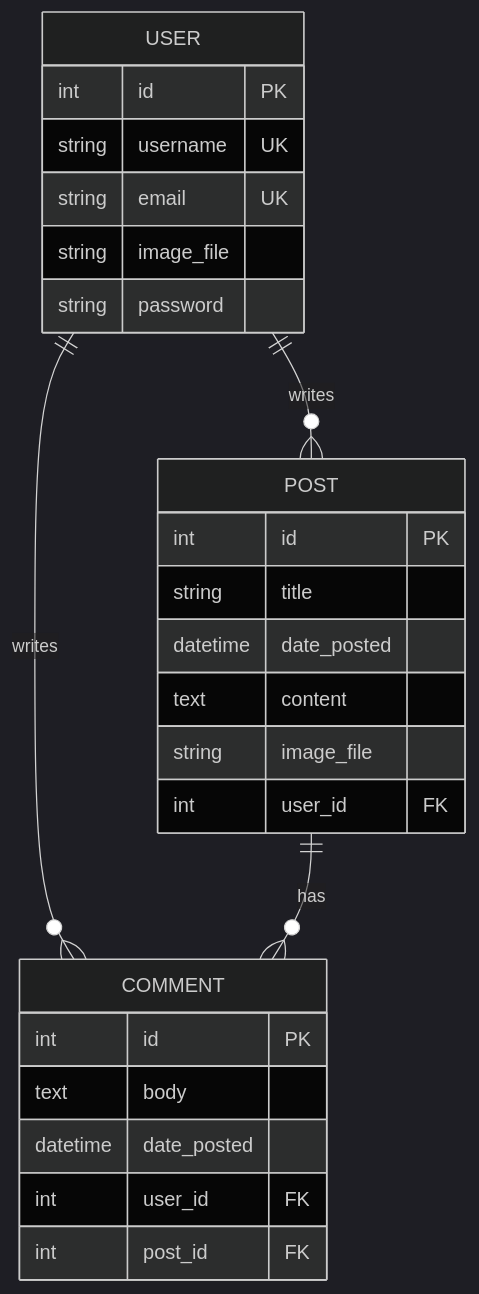
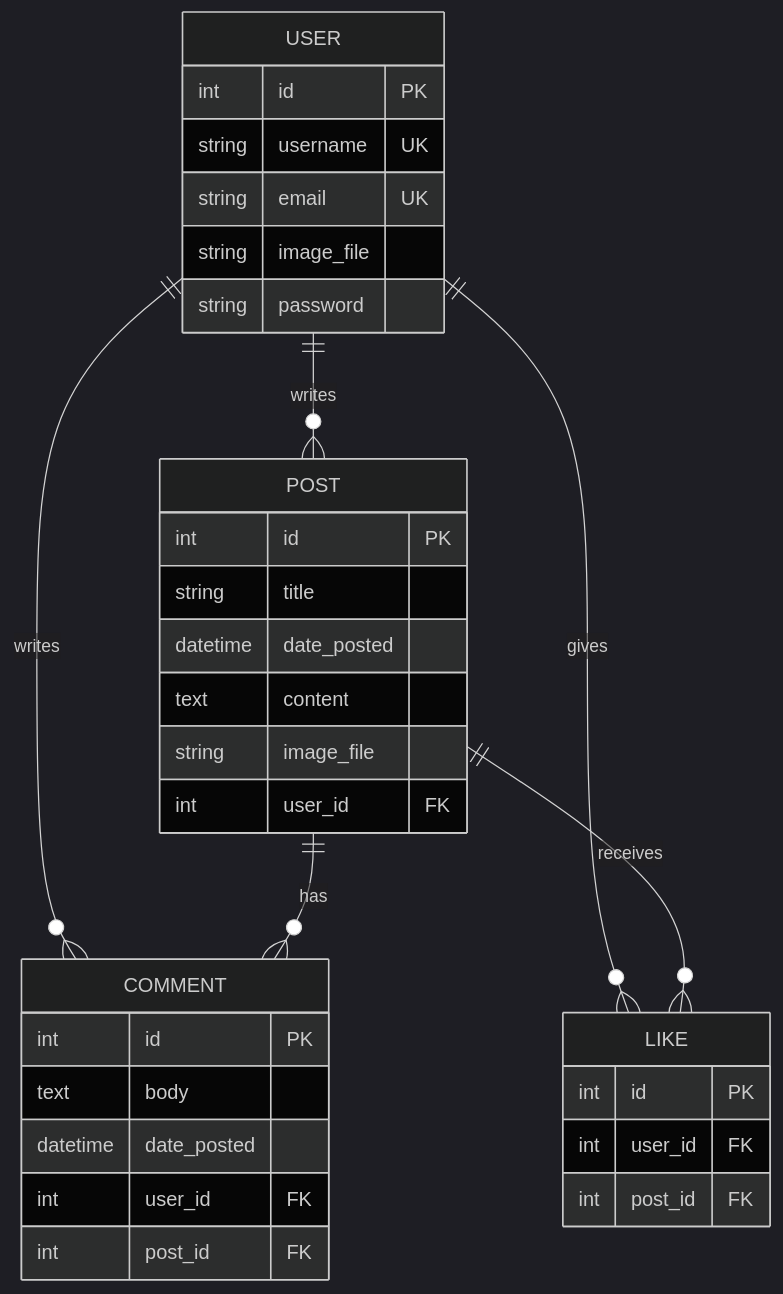
Before and after one commit to prasenjitshinde11/BLOGIFY: the diagram in README.md, drawn with Mermaid (dark theme). The commit also changed other lines of this file and 11 other files, not shown here.

````diff
--- a/README.md
+++ b/README.md
@@ -330,31 +348,39 @@
 ```mermaid
 erDiagram
     USER ||--o{ POST : writes
     USER ||--o{ COMMENT : writes
+    USER ||--o{ LIKE : gives
     POST ||--o{ COMMENT : has
+    POST ||--o{ LIKE : receives
 
     USER {
         int id PK
         string username UK
         string email UK
         string image_file
         string password
     }
 
     POST {
         int id PK
         string title
         datetime date_posted
         text content
         string image_file
         int user_id FK
     }
 
     COMMENT {
         int id PK
         text body
         datetime date_posted
         int user_id FK
         int post_id FK
     }
+
+    LIKE {
+        int id PK
+        int user_id FK
+        int post_id FK
+    }
 ```
````
